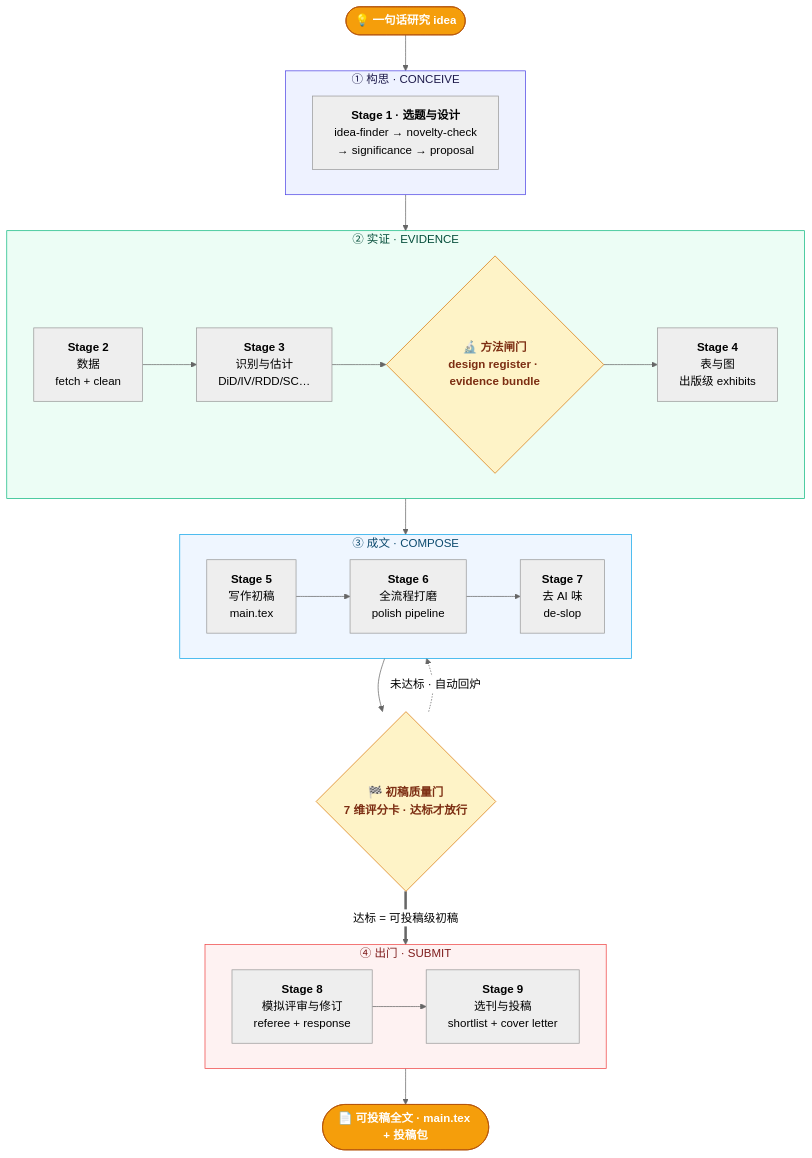
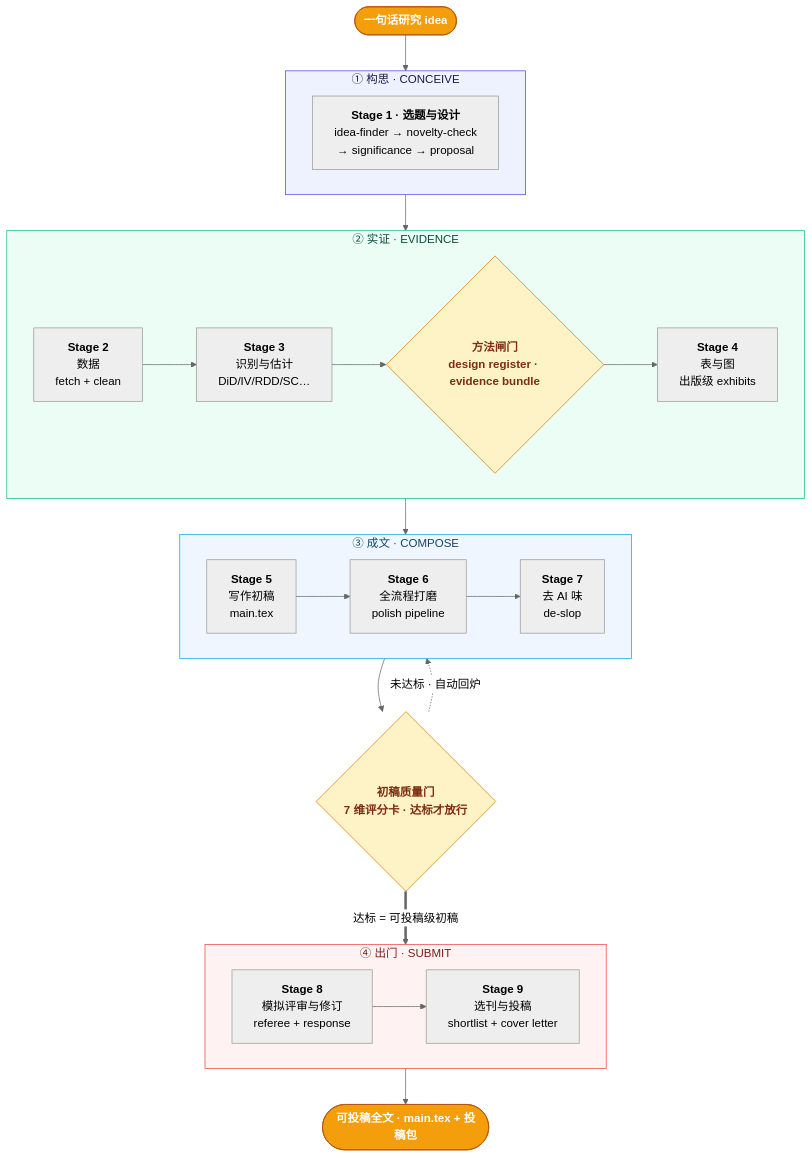
The diagram in README.md (brycewang-stanford/Paper-WorkFlow), drawn with Mermaid (neutral theme) before and after one commit. The commit also changed other lines of this file, not shown here.

Commit message:
docs: streamline Paper-WorkFlow readme

````diff
--- a/README.md
+++ b/README.md
@@ -34,39 +31,39 @@
 ```mermaid
 flowchart TD
-    IDEA(["💡 一句话研究 idea"]):::io
+    IDEA(["一句话研究 idea"]):::io
     IDEA --> A
 
     subgraph A ["① 构思 · CONCEIVE"]
       direction LR
       S1["<b>Stage 1 · 选题与设计</b><br/>idea-finder → novelty-check<br/>→ significance → proposal"]
     end
 
     subgraph B ["② 实证 · EVIDENCE"]
       direction LR
-      S2["<b>Stage 2</b><br/>数据<br/>fetch + clean"] --> S3["<b>Stage 3</b><br/>识别与估计<br/>DiD/IV/RDD/SC…"] --> MG{"🔬 方法闸门<br/>design register · evidence bundle"} --> S4["<b>Stage 4</b><br/>表与图<br/>出版级 exhibits"]
+      S2["<b>Stage 2</b><br/>数据<br/>fetch + clean"] --> S3["<b>Stage 3</b><br/>识别与估计<br/>DiD/IV/RDD/SC…"] --> MG{"方法闸门<br/>design register · evidence bundle"} --> S4["<b>Stage 4</b><br/>表与图<br/>出版级 exhibits"]
     end
 
     subgraph C ["③ 成文 · COMPOSE"]
       direction LR
       S5["<b>Stage 5</b><br/>写作初稿<br/>main.tex"] --> S6["<b>Stage 6</b><br/>全流程打磨<br/>polish pipeline"] --> S7["<b>Stage 7</b><br/>去 AI 味<br/>de-slop"]
     end
 
     subgraph D ["④ 出门 · SUBMIT"]
       direction LR
       S8["<b>Stage 8</b><br/>模拟评审与修订<br/>referee + response"] --> S9["<b>Stage 9</b><br/>选刊与投稿<br/>shortlist + cover letter"]
     end
 
     A --> B --> C
-    C --> QG{"🏁 初稿质量门<br/>7 维评分卡 · 达标才放行"}
+    C --> QG{"初稿质量门<br/>7 维评分卡 · 达标才放行"}
     QG -.->|未达标 · 自动回炉| C
     QG ==>|达标 = 可投稿级初稿| D
-    D --> PAPER(["📄 可投稿全文 · main.tex + 投稿包"]):::io
+    D --> PAPER(["可投稿全文 · main.tex + 投稿包"]):::io
 
     classDef io fill:#F59E0B,stroke:#B45309,color:#fff,font-weight:bold;
     classDef gate fill:#FEF3C7,stroke:#D97706,color:#7C2D12,font-weight:bold;
     class MG,QG gate;
     style A fill:#EEF2FF,stroke:#4F46E5,color:#1E1B4B
     style B fill:#ECFDF5,stroke:#10B981,color:#064E3B
     style C fill:#EFF6FF,stroke:#0EA5E9,color:#0C4A6E
     style D fill:#FEF2F2,stroke:#EF4444,color:#7F1D1D
 ```
````
